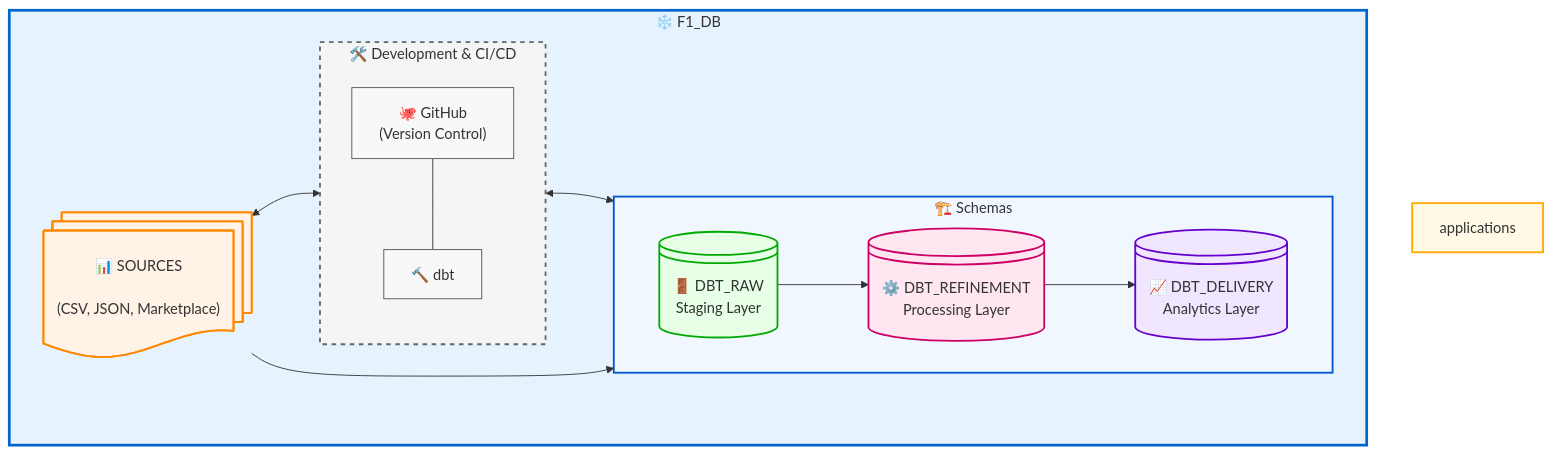
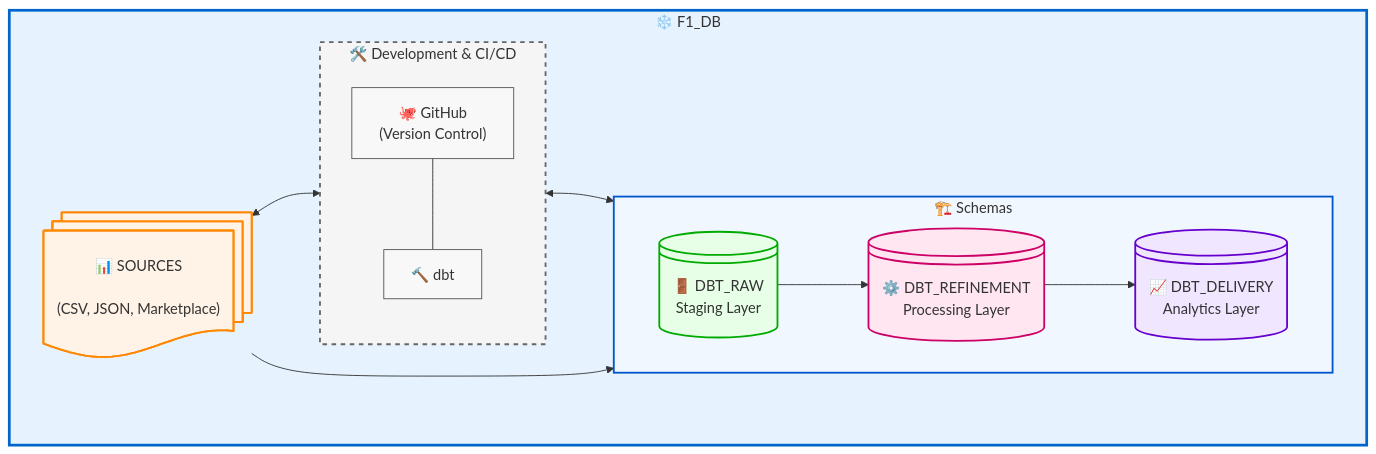
Before and after one commit to guillermocontp/Snowflake-project: the third of 3 diagrams in Documentation/Doc.md, drawn with Mermaid.

Commit message:
deleted mermaid line

````diff
--- a/Documentation/Doc.md
+++ b/Documentation/Doc.md
@@ -292,49 +292,49 @@
 ```mermaid
 flowchart TB
   subgraph database["❄️ F1_DB"]
     direction LR
     sources@{ shape: docs, label: "📊 SOURCES<br/>
     (CSV, JSON, Marketplace)"}
  
 
     subgraph ci["🛠️ Development & CI/CD"]
         direction TB
         github["🐙 GitHub<br/>(Version Control)"]
         dbt["🔨 dbt<br/>"]
         github --- dbt
     end
     
     subgraph schemas["🏗️  Schemas"]
         direction LR
         
         dbt_raw@{ shape: lin-cyl, label: "🚪 DBT_RAW <br/>Staging Layer<br/>" }
              
         dbt_refinement@{ shape: lin-cyl, label: "⚙️ DBT_REFINEMENT <br/>Processing Layer<br/>" }
         
         dbt_delivery@{ shape: lin-cyl, label: "📈 DBT_DELIVERY <br/>Analytics Layer<br/>" }
         dbt_raw --> dbt_refinement
         dbt_refinement --> dbt_delivery
     end
     
     sources <--> ci
     ci <--> schemas
     sources --> schemas
    
   end
   
   
   
   %% Styling
   style database fill:#e6f3ff,stroke:#0066cc,stroke-width:3px
   style schemas fill:#f0f7ff,stroke:#0055cc,stroke-width:2px
-  style applications fill:#fff9e6,stroke:#ffaa00,stroke-width:2px
+  
   style ci fill:#f5f5f5,stroke:#666666,stroke-width:2px,stroke-dasharray: 5 5
   
   style sources fill:#fff2e6,stroke:#ff8800,stroke-width:2px
   style dbt_raw fill:#e6ffe6,stroke:#00aa00,stroke-width:2px
   style dbt_refinement fill:#ffe6f0,stroke:#cc0066,stroke-width:2px
   style dbt_delivery fill:#f0e6ff,stroke:#6600cc,stroke-width:2px
   style github fill:#f8f8f8,stroke:#555555
   style dbt fill:#f8f8f8,stroke:#555555
 
 ```
````
